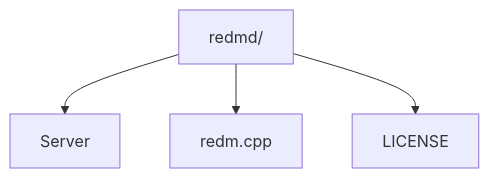
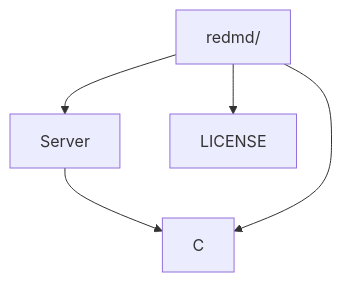
Before and after one commit to Petrax21/RedmD: the diagram in README.md, drawn with Mermaid.

````diff
--- a/README.md
+++ b/README.md
@@ -60,6 +60,6 @@
 ```mermaid
 graph TD
-    A[redmd/] --> B[Server]
-    A --> C[redm.cpp]
+    A[redmd/] --> B[Server] --> C
+    A --> C
     A --> D[LICENSE]
 ```
````
